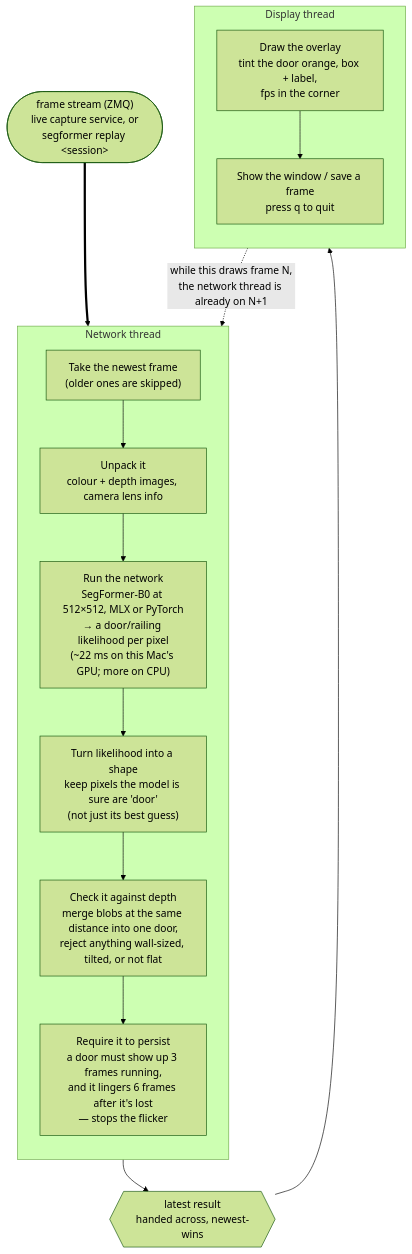
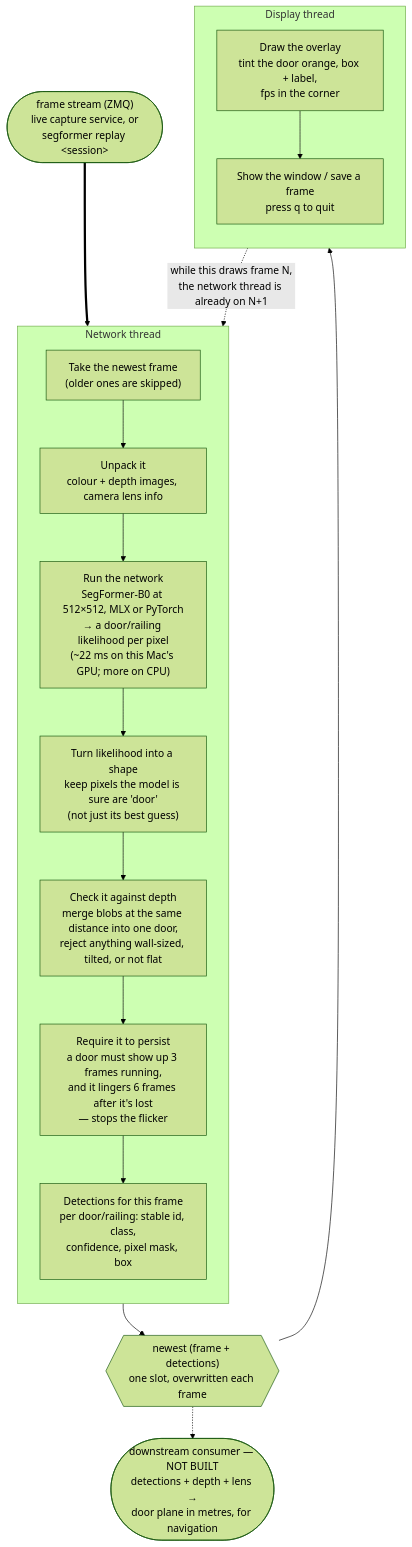
The diagram in docs/dataflow.md (attepajula/Segformer-depth-object-detection), drawn with Mermaid (forest theme) before and after one commit. The commit also changed other lines of this file and 1 other file, not shown here.

Commit message:
Add info about final consumer

````diff
--- a/docs/dataflow.md
+++ b/docs/dataflow.md
@@ -14,28 +14,32 @@
 ```mermaid
 flowchart TB
     IN(["frame stream (ZMQ)<br/>live capture service, or<br/>segformer replay &lt;session&gt;"])
 
     subgraph WORK["Network thread"]
         direction TB
         RECV["Take the newest frame<br/>(older ones are skipped)"]
         UNPACK["Unpack it<br/>colour + depth images, camera lens info"]
         NET["Run the network<br/>SegFormer-B0 at 512×512, MLX or PyTorch<br/>→ a door/railing likelihood per pixel<br/>(~22 ms on this Mac's GPU; more on CPU)"]
         MASK["Turn likelihood into a shape<br/>keep pixels the model is sure are 'door'<br/>(not just its best guess)"]
         DEPTH["Check it against depth<br/>merge blobs at the same distance into one door,<br/>reject anything wall-sized, tilted, or not flat"]
         HOLD["Require it to persist<br/>a door must show up 3 frames running,<br/>and it lingers 6 frames after it's lost<br/>— stops the flicker"]
-        RECV --> UNPACK --> NET --> MASK --> DEPTH --> HOLD
+        RESULT["Detections for this frame<br/>per door/railing: stable id, class,<br/>confidence, pixel mask, box"]
+        RECV --> UNPACK --> NET --> MASK --> DEPTH --> HOLD --> RESULT
     end
 
-    HANDOFF{{"latest result<br/>handed across, newest-wins"}}
+    HANDOFF{{"newest (frame + detections)<br/>one slot, overwritten each frame"}}
 
     subgraph DRAW["Display thread"]
         direction TB
         OVER["Draw the overlay<br/>tint the door orange, box + label,<br/>fps in the corner"]
         SHOW["Show the window / save a frame<br/>press q to quit"]
         OVER --> SHOW
     end
 
+    NAV(["downstream consumer — NOT BUILT<br/>detections + depth + lens →<br/>door plane in metres, for navigation"])
+
     IN ==> RECV
-    HOLD --> HANDOFF --> OVER
+    RESULT --> HANDOFF --> OVER
+    HANDOFF -.-> NAV
     SHOW -.->|"while this draws frame N,<br/>the network thread is already on N+1"| RECV
 ```
````
